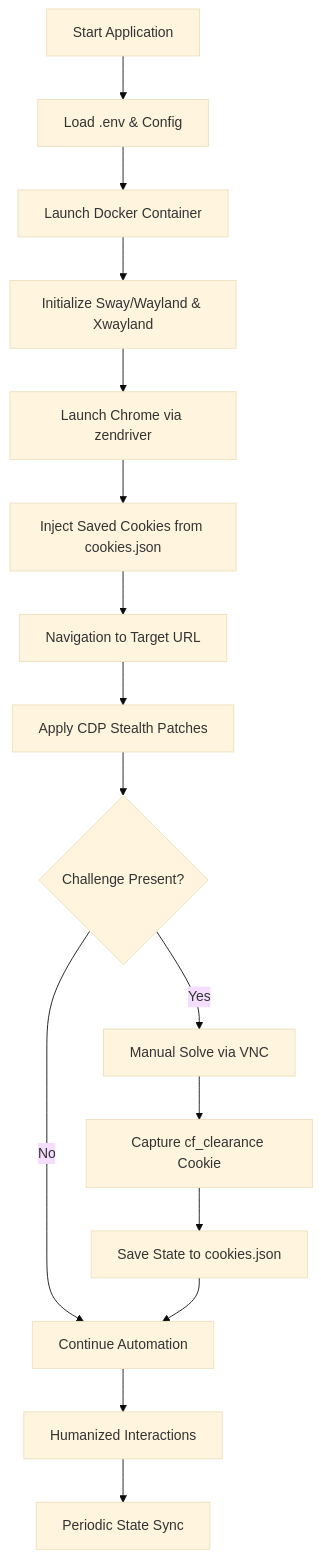
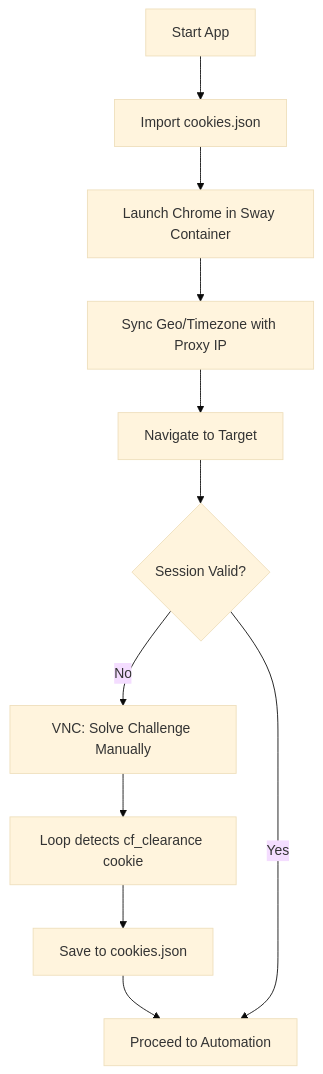
The diagram in README.md (Ravikant2003/zen-stealth), drawn with Mermaid (base theme) before and after one commit. The commit also changed other lines of this file, not shown here.

Commit message:
Expand README with detailed file-by-file architecture and project internals

````diff
--- a/README.md
+++ b/README.md
@@ -52,18 +40,13 @@
 ```mermaid
 graph TD
-    A[Start Application] --> B[Load .env & Config]
-    B --> C[Launch Docker Container]
-    C --> D[Initialize Sway/Wayland & Xwayland]
-    D --> E[Launch Chrome via zendriver]
-    E --> F[Inject Saved Cookies from cookies.json]
-    F --> G[Navigation to Target URL]
-    G --> H[Apply CDP Stealth Patches]
-    H --> I{Challenge Present?}
-    I -- Yes --> J[Manual Solve via VNC]
-    I -- No --> K[Continue Automation]
-    J --> L[Capture cf_clearance Cookie]
-    L --> M[Save State to cookies.json]
-    M --> K
-    K --> N[Humanized Interactions]
-    N --> O[Periodic State Sync]
+    A[Start App] --> B[Import cookies.json]
+    B --> C[Launch Chrome in Sway Container]
+    C --> D[Sync Geo/Timezone with Proxy IP]
+    D --> E[Navigate to Target]
+    E --> F{Session Valid?}
+    F -- No --> G[VNC: Solve Challenge Manually]
+    G --> H[Loop detects cf_clearance cookie]
+    H --> I[Save to cookies.json]
+    I --> J[Proceed to Automation]
+    F -- Yes --> J
 ```
````
